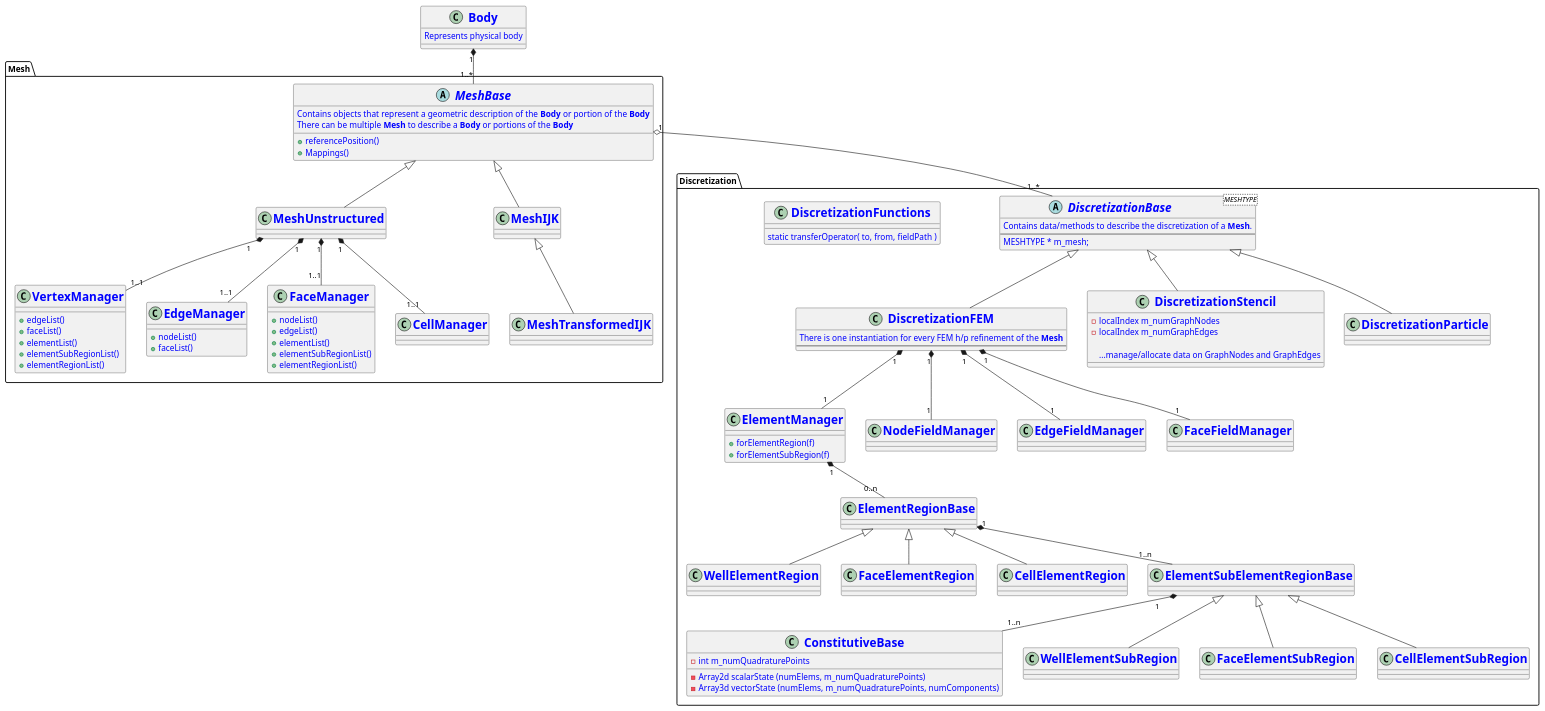
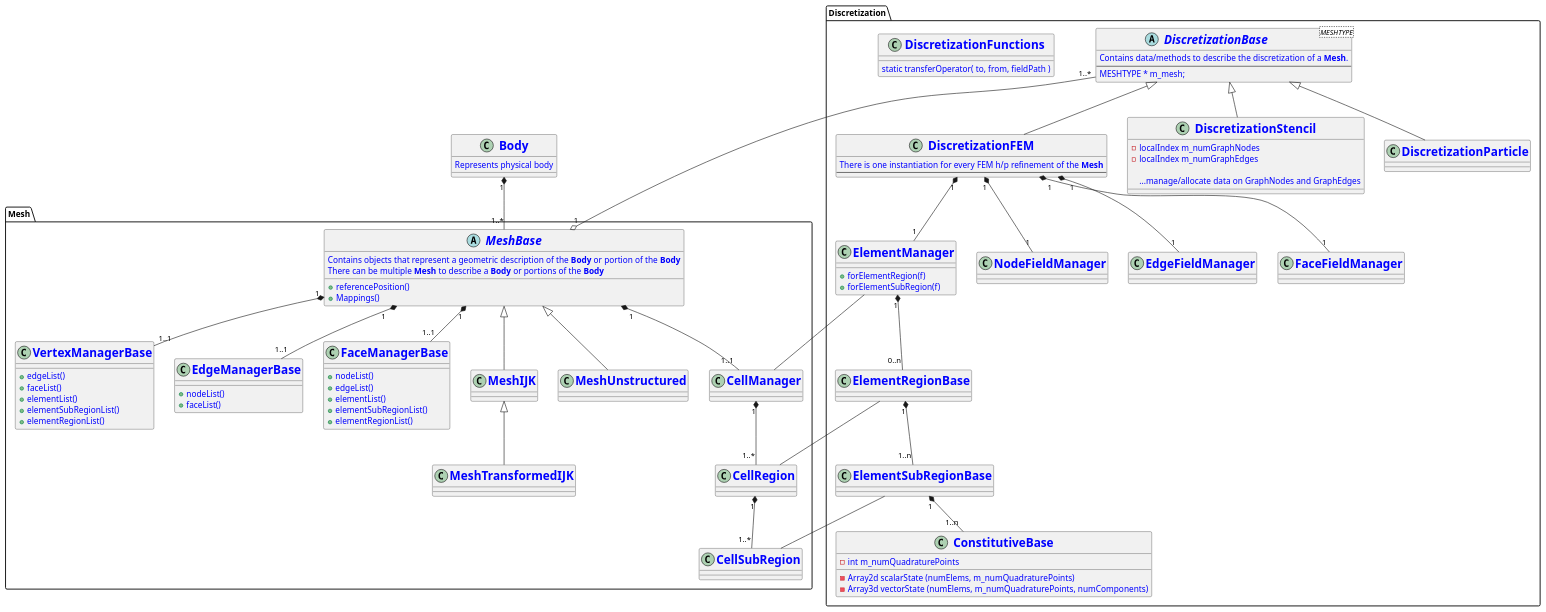
The diagram in src/coreComponents/mesh/docs/NewMesh.plantuml (GEOS-DEV/GEOS), drawn with PlantUML before and after one commit. The commit also changed 1 other file, not shown here.

Commit message:
addtions to the data structure uml

```diff
--- a/src/coreComponents/mesh/docs/NewMesh.plantuml
+++ b/src/coreComponents/mesh/docs/NewMesh.plantuml
@@ -1,133 +1,141 @@
 @startuml
 <style>
 classDiagram {
   class {
       ' attributes and methods
       FontColor blue
       ' class name
       header {
         FontSize 20
         FontStyle bold
       }
   }
 }
 </style>
 
 set separator ::
 
 
 Class Body {
 Represents physical body
 }
 
 
 abstract class Mesh::MeshBase {
 Contains objects that represent a geometric description of the **Body** or portion of the **Body**
 There can be multiple **Mesh** to describe a **Body** or portions of the **Body**
 +referencePosition()
 +Mappings()
 }
 
 
 abstract Class Discretization::DiscretizationBase<MESHTYPE> {
 Contains data/methods to describe the discretization of a **Mesh**.
 --
 MESHTYPE * m_mesh;
 }
 
 Class Discretization::DiscretizationFEM {
 There is one instantiation for every FEM h/p refinement of the **Mesh**
 --
 }
 
 
 class Discretization::DiscretizationStencil {
     -localIndex m_numGraphNodes
     -localIndex m_numGraphEdges
 
     ...manage/allocate data on GraphNodes and GraphEdges
 }
 
 class Discretization::DiscretizationParticle {
 }
 
 class Discretization::DiscretizationFunctions {
 
 static transferOperator( to, from, fieldPath )
 }
 
-class Mesh::VertexManager {
+class Mesh::VertexManagerBase {
     +edgeList()
     +faceList()
     +elementList()
     +elementSubRegionList()
     +elementRegionList()
 }
 
-class Mesh::EdgeManager {
+class Mesh::EdgeManagerBase {
     +nodeList()
     +faceList()
 }
 
-class Mesh::FaceManager {
+class Mesh::FaceManagerBase {
     +nodeList()
     +edgeList()
     +elementList()
     +elementSubRegionList()
     +elementRegionList()
 }
 
 class Discretization::ElementManager {
     +forElementRegion(f)
     +forElementSubRegion(f)
 }
 
 class Discretization::ConstitutiveBase {
     - int m_numQuadraturePoints
     - Array2d scalarState (numElems, m_numQuadraturePoints) 
     - Array3d vectorState (numElems, m_numQuadraturePoints, numComponents) 
 }
 
 
 Body "1" *-- "1..*" Mesh::MeshBase
 
-Mesh::MeshBase <|-- Mesh::MeshUnstructured
 Mesh::MeshBase <|-- Mesh::MeshIJK
 Mesh::MeshIJK <|-- Mesh::MeshTransformedIJK
+Mesh::MeshBase <|-- Mesh::MeshUnstructured
 
-Mesh::MeshUnstructured "1" *-- "1..1" Mesh::VertexManager
-Mesh::MeshUnstructured "1" *-- "1..1" Mesh::EdgeManager
-Mesh::MeshUnstructured "1" *-- "1..1" Mesh::FaceManager
-Mesh::MeshUnstructured "1" *-- "1..1" Mesh::CellManager
+Mesh::MeshBase "1" *-- "1..1" Mesh::VertexManagerBase
+Mesh::MeshBase "1" *-- "1..1" Mesh::EdgeManagerBase
+Mesh::MeshBase "1" *-- "1..1" Mesh::FaceManagerBase
+Mesh::MeshBase "1" *-- "1..1" Mesh::CellManager
+
+Mesh::CellManager "1" *-- "1..*" Mesh::CellRegion
+Mesh::CellRegion "1" *-- "1..*" Mesh::CellSubRegion
+
 
 Mesh::MeshBase "1" o-- "1..*" Discretization::DiscretizationBase 
 
 Discretization::DiscretizationBase <|-- Discretization::DiscretizationFEM
 Discretization::DiscretizationBase <|-- Discretization::DiscretizationParticle
 Discretization::DiscretizationBase <|-- Discretization::DiscretizationStencil
 
 
 Discretization::DiscretizationFEM "1" *-- "1" Discretization::NodeFieldManager
 Discretization::DiscretizationFEM "1" *-- "1" Discretization::EdgeFieldManager
 Discretization::DiscretizationFEM "1" *-- "1" Discretization::FaceFieldManager
 Discretization::DiscretizationFEM "1" *-- "1" Discretization::ElementManager
 
 
 Discretization::ElementManager "1" *-- "0..n" Discretization::ElementRegionBase
 
+/'
 Discretization::ElementRegionBase <|-- Discretization::WellElementRegion
 Discretization::ElementRegionBase <|-- Discretization::FaceElementRegion
 Discretization::ElementRegionBase <|-- Discretization::CellElementRegion
+'/
+Discretization::ElementRegionBase "1" *-- "1..n" Discretization::ElementSubRegionBase
 
-Discretization::ElementRegionBase "1" *-- "1..n" Discretization::ElementSubElementRegionBase
-
-
+/'
 Discretization::ElementSubElementRegionBase <|-- Discretization::WellElementSubRegion
 Discretization::ElementSubElementRegionBase <|-- Discretization::FaceElementSubRegion
 Discretization::ElementSubElementRegionBase <|-- Discretization::CellElementSubRegion
+'/
 
+Discretization::ElementSubRegionBase "1" *-- "1..n" Discretization::ConstitutiveBase
 
-Discretization::ElementSubElementRegionBase "1" *-- "1..n" Discretization::ConstitutiveBase
-
+Discretization::ElementManager -- Mesh::CellManager
+Discretization::ElementRegionBase -- Mesh::CellRegion
+Discretization::ElementSubRegionBase -- Mesh::CellSubRegion
 
 @enduml
```
